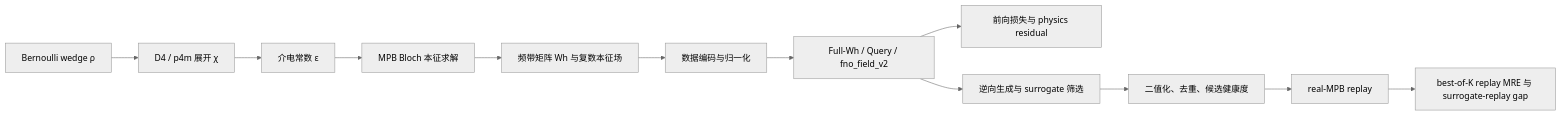
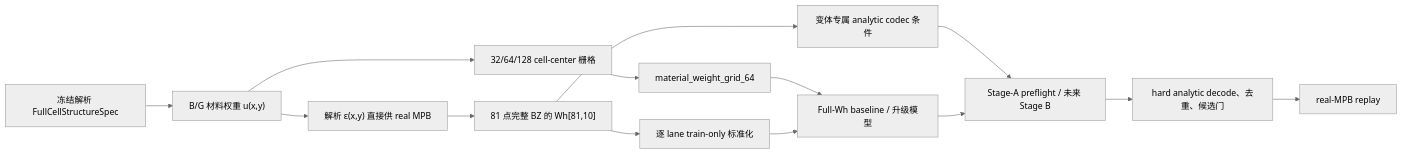
One commit to fangtoast/phc2d changed the diagram in docs/reports/phc2d_physics_data_formula_guide_20260803.md. Above: the diagram before and after it, drawn with Mermaid (neutral theme). The commit also changed other lines of this file and 1 other file, not shown here.

Commit message:
docs: sync formula guide with full-cell pipeline

````diff
--- a/docs/reports/phc2d_physics_data_formula_guide_20260803.md
+++ b/docs/reports/phc2d_physics_data_formula_guide_20260803.md
@@ -25,14 +32,16 @@
 ```mermaid
 flowchart LR
-    A["Bernoulli wedge ρ"] --> B["D4 / p4m 展开 χ"]
-    B --> C["介电常数 ε"]
-    C --> D["MPB Bloch 本征求解"]
-    D --> E["频带矩阵 Wh 与复数本征场"]
-    E --> F["数据编码与归一化"]
-    F --> G["Full-Wh / Query / fno_field_v2"]
-    G --> H["前向损失与 physics residual"]
-    G --> I["逆向生成与 surrogate 筛选"]
-    I --> J["二值化、去重、候选健康度"]
-    J --> K["real-MPB replay"]
-    K --> L["best-of-K replay MRE 与 surrogate-replay gap"]
+    A["冻结解析 FullCellStructureSpec"] --> B["B/G 材料权重 u(x,y)"]
+    B --> C["解析 ε(x,y) 直接供 real MPB"]
+    B --> D["32/64/128 cell-center 栅格"]
+    C --> E["81 点完整 BZ 的 Wh[81,10]"]
+    D --> F["material_weight_grid_64"]
+    E --> G["逐 lane train-only 标准化"]
+    F --> H["Full-Wh baseline / 升级模型"]
+    G --> H
+    E --> I["变体专属 analytic codec 条件"]
+    I --> J["Stage-A preflight / 未来 Stage B"]
+    H --> J
+    J --> K["hard analytic decode、去重、候选门"]
+    K --> L["real-MPB replay"]
 ```
````
